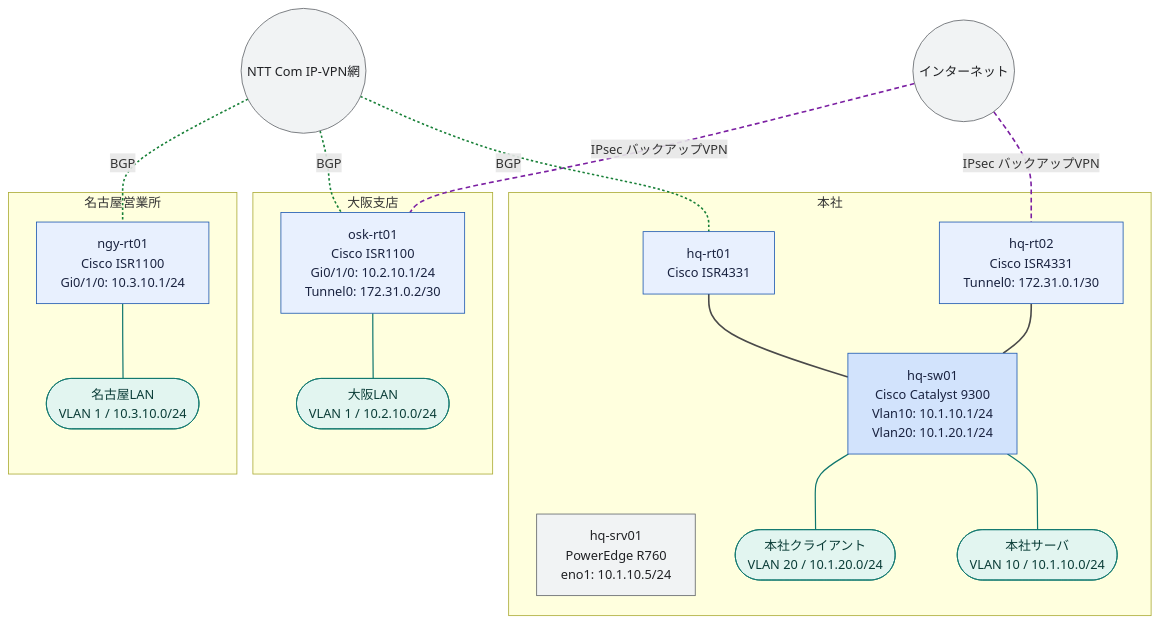
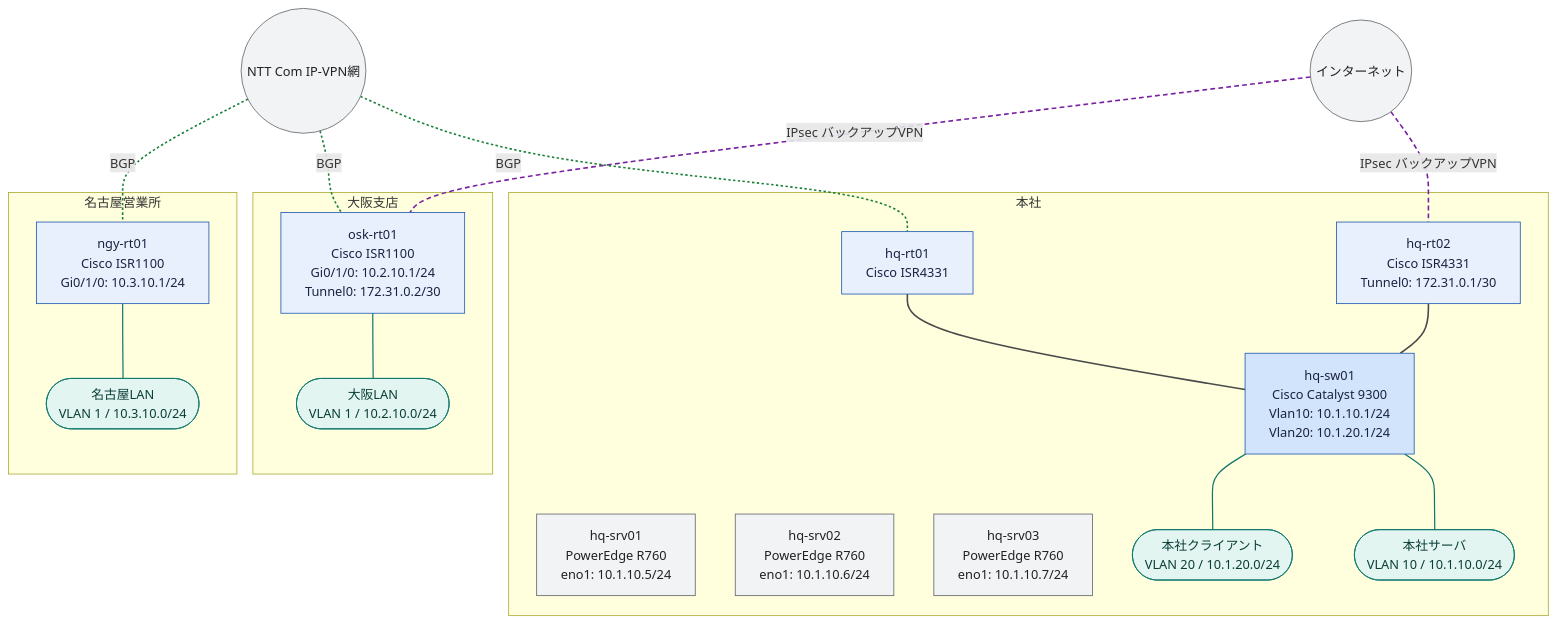
One commit to thinas1115/nwdsl changed the diagram in examples/sample-corp/generated/logical-all.mmd. Above: the diagram before and after it, drawn with Mermaid. The commit also changed 25 other files, not shown here.

```diff
--- a/examples/sample-corp/generated/logical-all.mmd
+++ b/examples/sample-corp/generated/logical-all.mmd
@@ -1,51 +1,53 @@
 flowchart TB
   subgraph sg_hq["本社"]
     hq_rt02["hq-rt02<br>Cisco ISR4331<br>Tunnel0: 172.31.0.1/30"]
     hq_rt01["hq-rt01<br>Cisco ISR4331"]
     hq_sw01["hq-sw01<br>Cisco Catalyst 9300<br>Vlan10: 10.1.10.1/24<br>Vlan20: 10.1.20.1/24"]
     hq_srv01["hq-srv01<br>PowerEdge R760<br>eno1: 10.1.10.5/24"]
+    hq_srv02["hq-srv02<br>PowerEdge R760<br>eno1: 10.1.10.6/24"]
+    hq_srv03["hq-srv03<br>PowerEdge R760<br>eno1: 10.1.10.7/24"]
     seg__hq_server(["本社サーバ<br>VLAN 10 / 10.1.10.0/24"])
     seg__hq_client(["本社クライアント<br>VLAN 20 / 10.1.20.0/24"])
   end
   subgraph sg_osk["大阪支店"]
     osk_rt01["osk-rt01<br>Cisco ISR1100<br>Gi0/1/0: 10.2.10.1/24<br>Tunnel0: 172.31.0.2/30"]
     seg__osk_lan(["大阪LAN<br>VLAN 1 / 10.2.10.0/24"])
   end
   subgraph sg_ngy["名古屋営業所"]
     ngy_rt01["ngy-rt01<br>Cisco ISR1100<br>Gi0/1/0: 10.3.10.1/24"]
     seg__ngy_lan(["名古屋LAN<br>VLAN 1 / 10.3.10.0/24"])
   end
   internet(("インターネット"))
   ipvpn(("NTT Com IP-VPN網"))
   internet ---|"IPsec バックアップVPN"| hq_rt02
   internet ---|"IPsec バックアップVPN"| osk_rt01
   ipvpn ---|"BGP"| hq_rt01
   ipvpn ---|"BGP"| osk_rt01
   ipvpn ---|"BGP"| ngy_rt01
   hq_rt01 --- hq_sw01
   hq_rt02 --- hq_sw01
   hq_sw01 --- seg__hq_server
   hq_sw01 --- seg__hq_client
   osk_rt01 --- seg__osk_lan
   ngy_rt01 --- seg__ngy_lan
 
   classDef node_dim fill:#f8f9fa,stroke:#dadce0,color:#bdc1c6
   classDef node_failed fill:#fce8e6,stroke:#c5221f,color:#3c1a19
   classDef role_router fill:#e8f0fe,stroke:#1a56b0,color:#1a2340
   classDef role_l3switch fill:#d2e3fc,stroke:#1a56b0,color:#1a2340
   classDef role_l2switch fill:#e6f4ea,stroke:#137333,color:#1a2e1f
   classDef role_firewall fill:#fce8e6,stroke:#c5221f,color:#3c1a19
   classDef role_other fill:#f1f3f4,stroke:#5f6368,color:#202124
   classDef node_cloud fill:#f1f3f4,stroke:#5f6368,color:#202124
   classDef node_site fill:#fff8e1,stroke:#b58105,color:#4a3a08
   classDef node_segment fill:#e2f5f0,stroke:#0f766e,color:#0b3d38
   classDef node_external fill:#ffffff,stroke:#9aa0a6,stroke-dasharray:3 3,color:#5f6368
   class hq_rt02,osk_rt01,hq_rt01,ngy_rt01 role_router
   class internet,ipvpn node_cloud
   class hq_sw01 role_l3switch
-  class hq_srv01 role_other
+  class hq_srv01,hq_srv02,hq_srv03 role_other
   class seg__hq_server,seg__hq_client,seg__osk_lan,seg__ngy_lan node_segment
   linkStyle 0,1 stroke:#7b1fa2,stroke-width:2px,stroke-dasharray:6 4
   linkStyle 2,3,4 stroke:#188038,stroke-width:2px,stroke-dasharray:3 3
   linkStyle 5,6 stroke:#4a4a4a,stroke-width:2px
   linkStyle 7,8,9,10 stroke:#0f766e,stroke-width:1.5px
```
